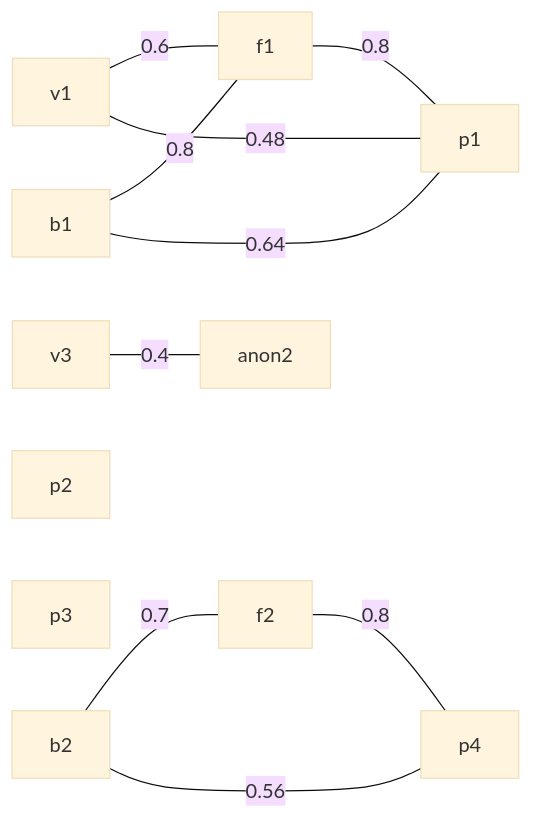
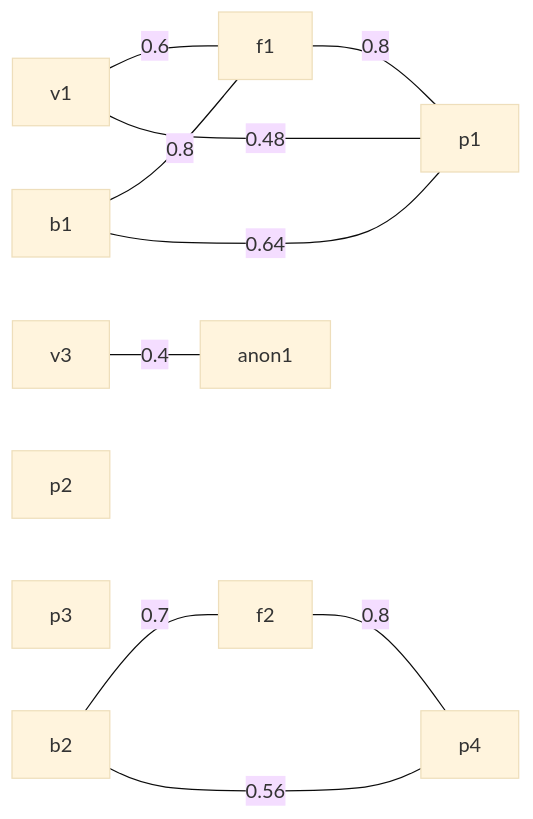
One commit to ros4hri/hri_person_manager changed diagram 26 of 34 in test/test-graphs.md. Above: the diagram before and after it, drawn with Mermaid (base theme). The commit also changed other lines of this file and 3 other files, not shown here.

````diff
--- a/test/test-graphs.md
+++ b/test/test-graphs.md
@@ -408,19 +409,19 @@
 ``` mermaid
 graph LR
 
 f1 ---|0.8| p1
 b1 ---|0.8| f1
 v1 ---|0.6| f1
 %% automatically computed
 v1 ---|0.48| p1
 b1 ---|0.64| p1
 
 f2 ---|0.8| p4
 b2 ---|0.7| f2
 %% automatically computed
 b2 ---|0.56| p4
 
 p2
 p3
-v3 ---|0.4| anon2
+v3 ---|0.4| anon1
 ```
````
